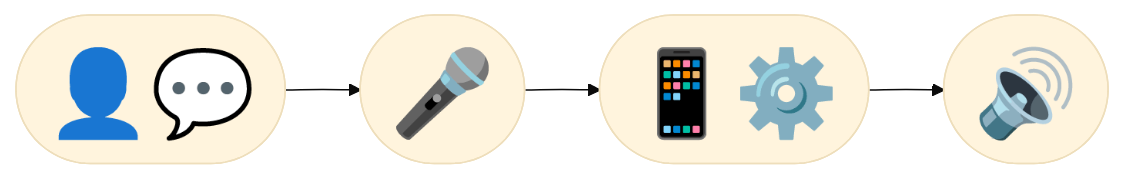
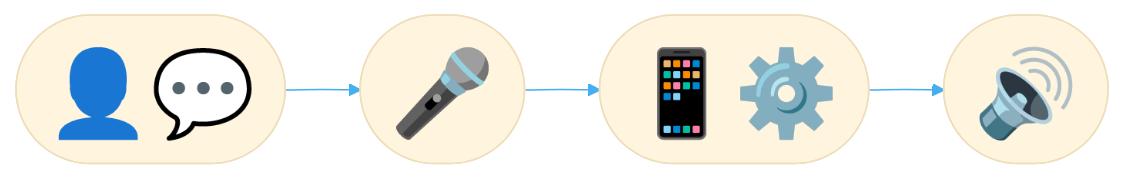
The diagram in README.md (IKE-B/voice-revive), drawn with Mermaid before and after one commit.

Commit message:
docs(README): change arrow color to be readable in light and dark themes

````diff
--- a/README.md
+++ b/README.md
@@ -24,17 +24,18 @@
 ```mermaid
 %%{
   init: {
     'theme': 'base',
     'themeVariables': {
-      'fontSize': '56px'
+      'fontSize': '56px',
+      'lineColor': '#46AFF0'
     }
   }
 }%%
 
   flowchart LR
   
     A([👤💬])
     A --> B([🎤])
     B --> C([📱⚙️])
     C --> D([🔊])
 ```
````
